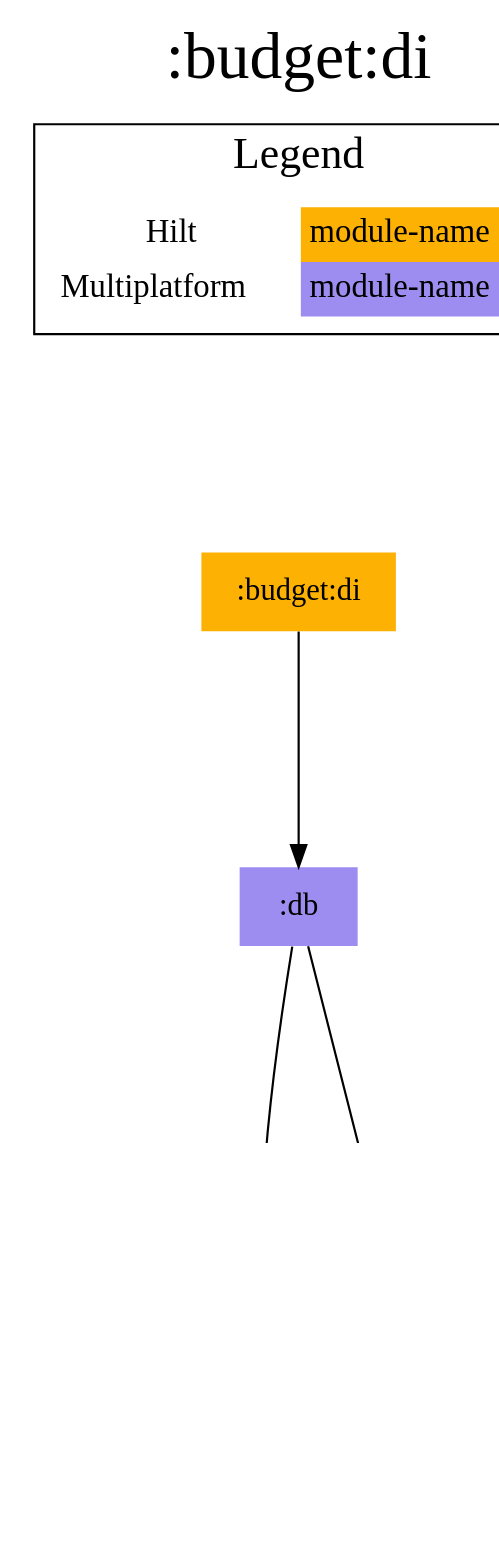
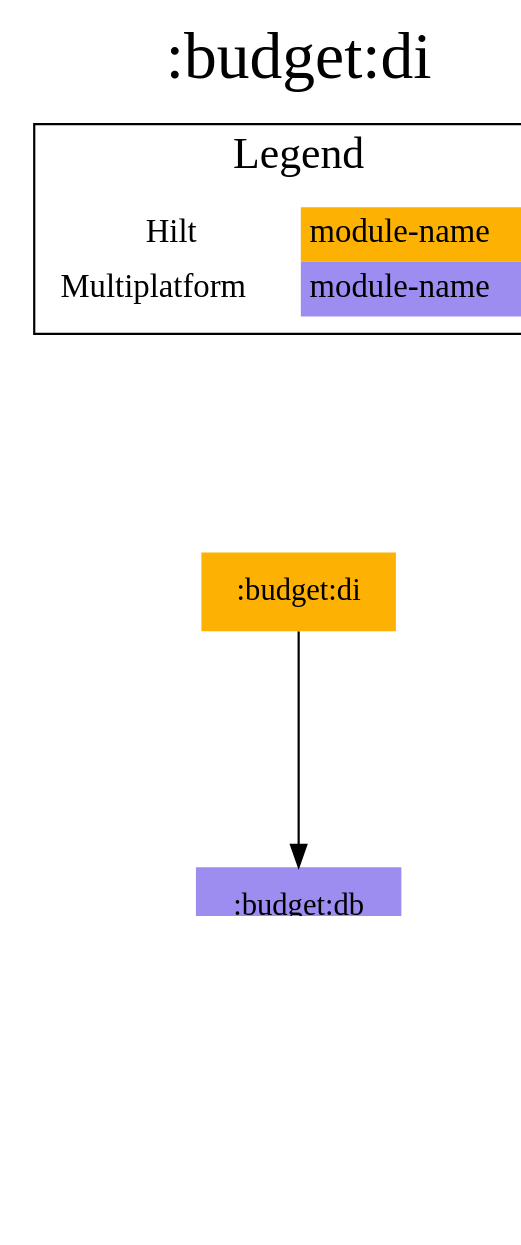
One commit to jonapoul/aktual changed the diagram in modules/budget/di/modules.dot. Above: the diagram before and after it, drawn with Graphviz. The commit also changed 129 other files, not shown here.

```diff
--- a/modules/budget/di/modules.dot
+++ b/modules/budget/di/modules.dot
@@ -1,28 +1,27 @@
 digraph {
 edge ["dir"="forward"]
 graph ["dpi"="100","label"=":budget:di","labelloc"="t","fontsize"="30","ranksep"="1.5","rankdir"="TB"]
 node ["style"="filled"]
+":budget:db" ["fillcolor"="#9D8DF1","shape"="none"]
 ":budget:di" ["fillcolor"="#FCB103","shape"="none"]
 ":budget:model" ["fillcolor"="#9D8DF1","shape"="none"]
-":core:files" ["fillcolor"="#9D8DF1","shape"="none"]
-":db" ["fillcolor"="#9D8DF1","shape"="none"]
+":core:model" ["fillcolor"="#9D8DF1","shape"="none"]
 {
 edge ["dir"="none"]
 graph ["rank"="same"]
 ":budget:di"
 }
-":budget:di" -> ":db"
-":core:files" -> ":budget:model"
-":db" -> ":budget:model"
-":db" -> ":core:files"
+":budget:db" -> ":budget:model"
+":budget:db" -> ":core:model"
+":budget:di" -> ":budget:db"
 subgraph "cluster_legend" {
 edge ["dir"="none"]
 graph ["label"="Legend","fontsize"="20"]
 "Legend" ["style"="filled","fillcolor"="#FFFFFF","shape"="none","margin"="0","fontsize"="15","label"=<
 <TABLE BORDER="0" CELLBORDER="0" CELLSPACING="0" CELLPADDING="4">
 <TR><TD>Hilt</TD><TD BGCOLOR="#FCB103">module-name</TD></TR>
 <TR><TD>Multiplatform</TD><TD BGCOLOR="#9D8DF1">module-name</TD></TR>
 </TABLE>
 >]
 } -> ":budget:di" ["style"="invis"]
 }
```
